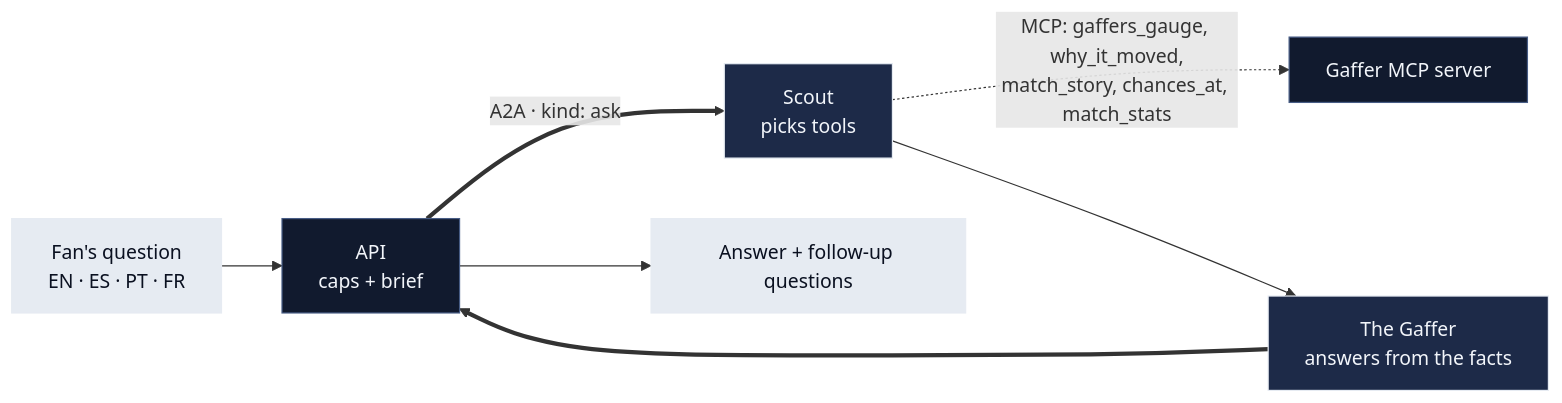
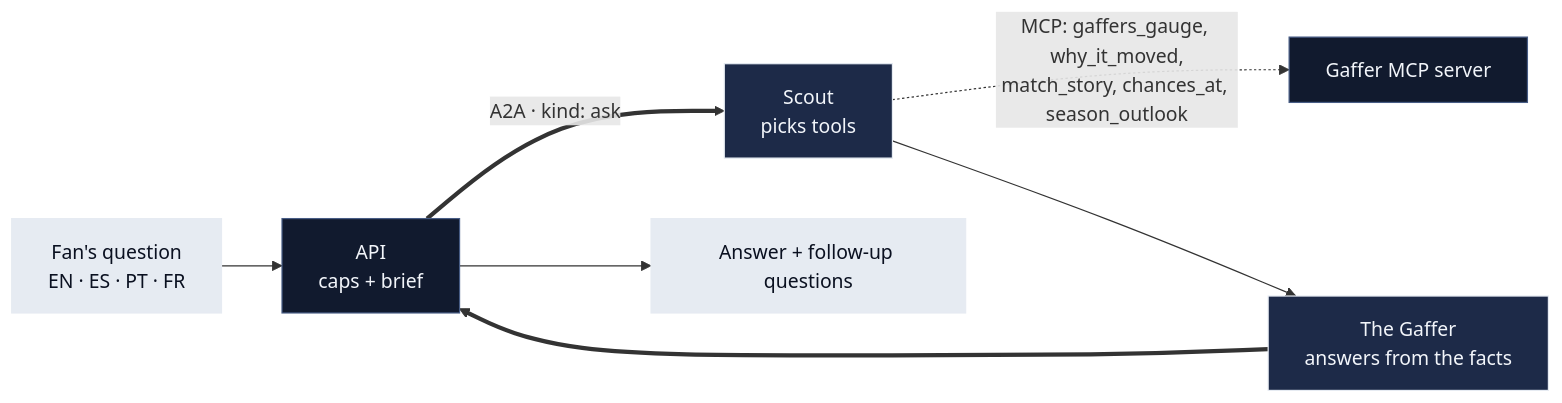
The second of 3 diagrams in README.md (bradhack/lasso), drawn with Mermaid before and after one commit. The commit also changed other lines of this file and 21 other files, not shown here.

First line of the commit message:
Season outlook: live table and what each match means for the season

````diff
--- a/README.md
+++ b/README.md
@@ -99,15 +100,15 @@
 ```mermaid
 flowchart LR
     Q["Fan's question<br/>EN · ES · PT · FR"] --> API["API<br/>caps + brief"]
     API == "A2A · kind: ask" ==> SC["Scout<br/>picks tools"]
-    SC -. "MCP: gaffers_gauge, why_it_moved,<br/>match_story, chances_at, match_stats" .-> MCP["Gaffer MCP server"]
+    SC -. "MCP: gaffers_gauge, why_it_moved,<br/>match_story, chances_at, season_outlook" .-> MCP["Gaffer MCP server"]
     SC --> PR["The Gaffer<br/>answers from the facts"]
     PR ==> API --> A["Answer + follow-up questions"]
 
     classDef svc fill:#111A2E,stroke:#475C85,color:#F2F5FA
     classDef agent fill:#1D2A48,stroke:#E6EBF2,color:#F2F5FA
     classDef client fill:#E6EBF2,stroke:#E6EBF2,color:#0A1020
     class API,MCP svc
     class SC,PR agent
     class Q,A client
 ```
````
